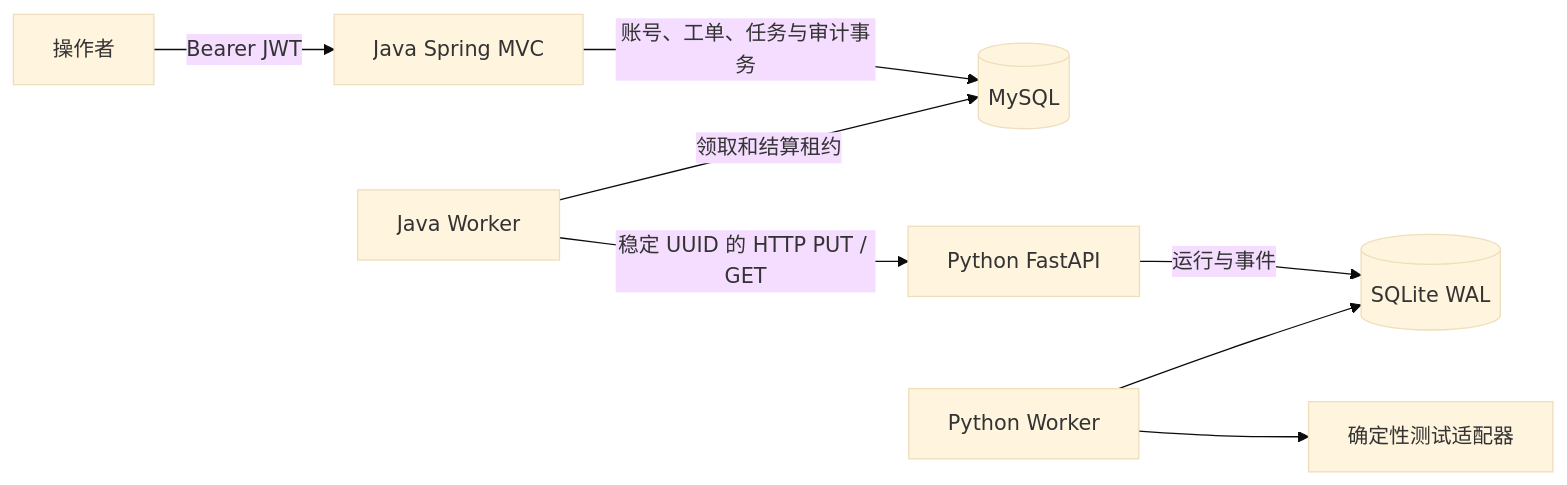
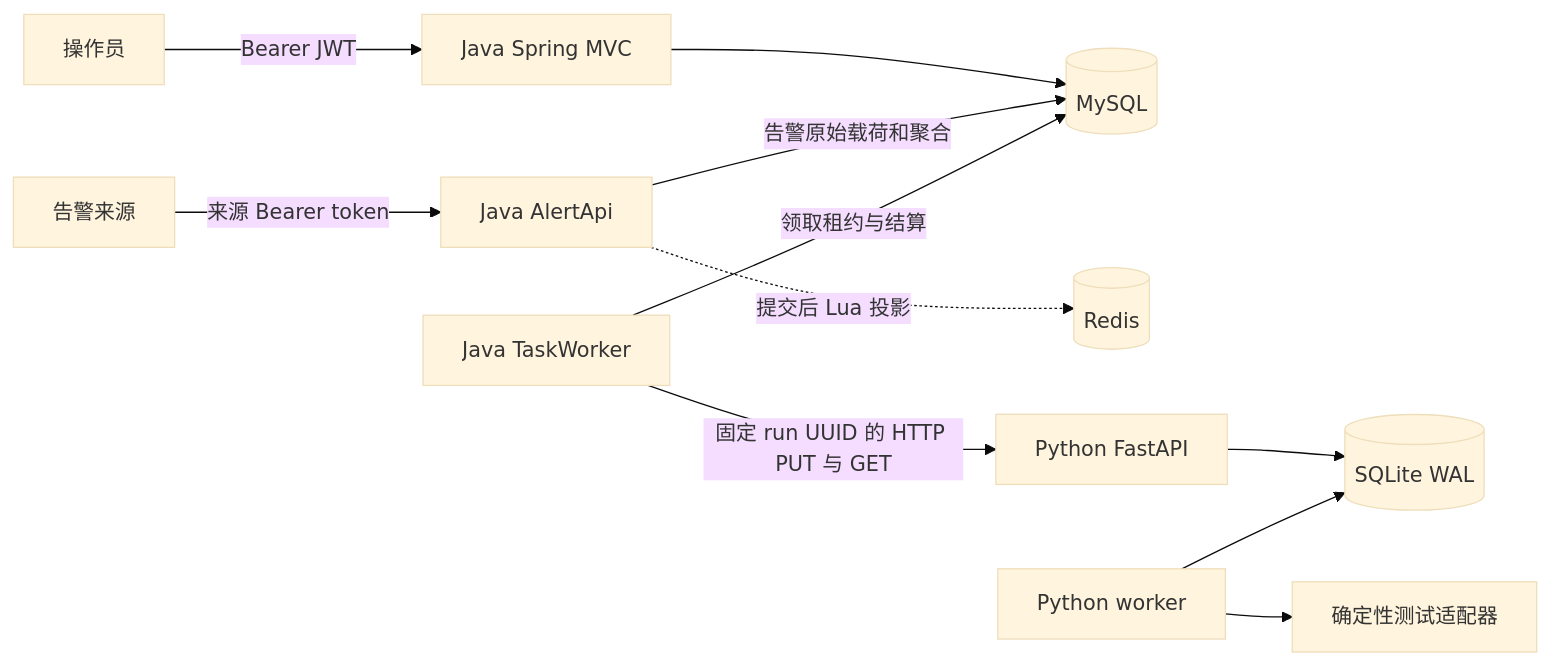
One commit to w2557414742-collab/OpsPilot changed the diagram in ARCHITECTURE.md. Above: the diagram before and after it, drawn with Mermaid (base theme). The commit also changed other lines of this file and 32 other files, not shown here.

````diff
--- a/ARCHITECTURE.md
+++ b/ARCHITECTURE.md
@@ -3,10 +3,13 @@
 ```mermaid
 flowchart LR
-  U[操作者] -->|Bearer JWT| J[Java Spring MVC]
-  J -->|账号、工单、任务与审计事务| M[(MySQL)]
-  W[Java Worker] -->|领取和结算租约| M
-  W -->|稳定 UUID 的 HTTP PUT / GET| P[Python FastAPI]
-  P -->|运行与事件| S[(SQLite WAL)]
-  E[Python Worker] --> S
-  E --> D[确定性测试适配器]
+    U[操作员] -->|Bearer JWT| J[Java Spring MVC]
+    A[告警来源] -->|来源 Bearer token| I[Java AlertApi]
+    J --> M[(MySQL)]
+    I -->|告警原始载荷和聚合| M
+    I -. 提交后 Lua 投影 .-> R[(Redis)]
+    W[Java TaskWorker] -->|领取租约与结算| M
+    W -->|固定 run UUID 的 HTTP PUT 与 GET| P[Python FastAPI]
+    P --> Q[(SQLite WAL)]
+    E[Python worker] --> Q
+    E --> D[确定性测试适配器]
 ```
````
